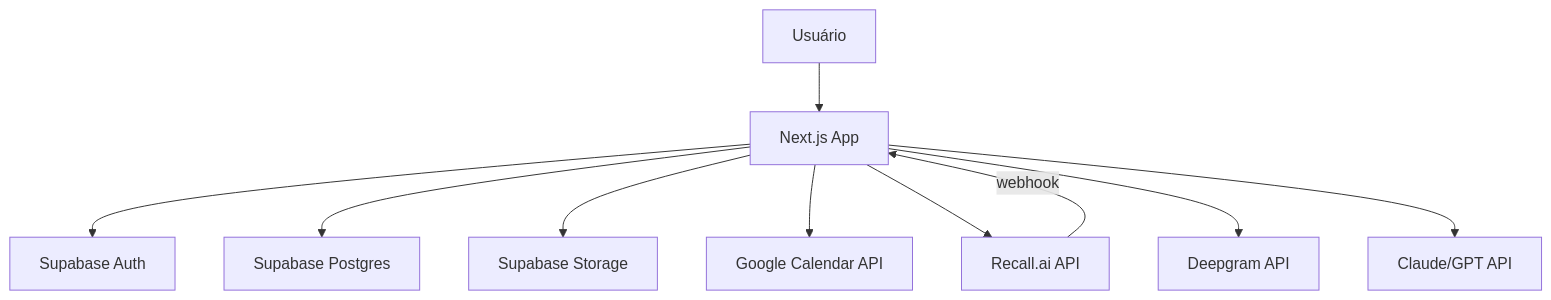
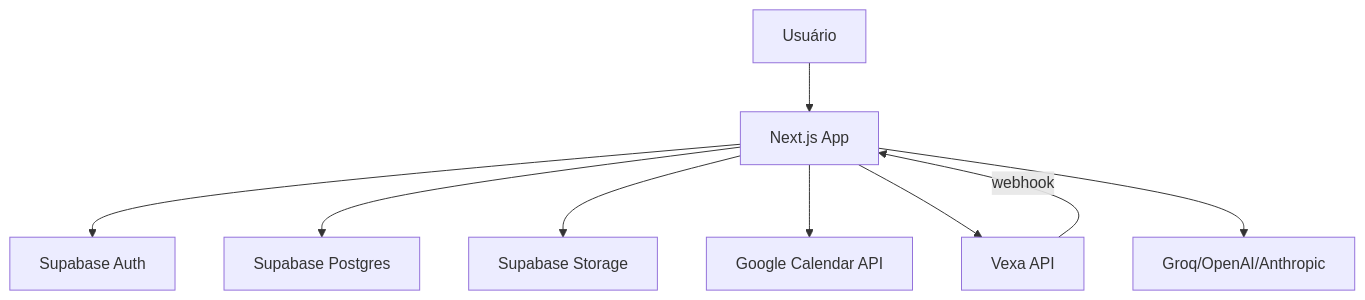
One commit to solerpedroo/reuniai changed the third of 3 diagrams in implementation-plan.md. Above: the diagram before and after it, drawn with Mermaid. The commit also changed other lines of this file, not shown here.

Commit message:
docs(wave-8): align plan prerequisites and env vars with Vexa/Groq stack

````diff
--- a/implementation-plan.md
+++ b/implementation-plan.md
@@ -1259,12 +1270,11 @@
 ```mermaid
 flowchart TB
     User[Usuário] --> Next[Next.js App]
     Next --> SupaAuth[Supabase Auth]
     Next --> SupaDB[Supabase Postgres]
     Next --> SupaStorage[Supabase Storage]
     Next --> GoogleCal[Google Calendar API]
-    Next --> Recall[Recall.ai API]
-    Recall -->|webhook| Next
-    Next --> Deepgram[Deepgram API]
-    Next --> LLM[Claude/GPT API]
+    Next --> Vexa[Vexa API]
+    Vexa -->|webhook| Next
+    Next --> LLM[Groq/OpenAI/Anthropic]
 ```
````
